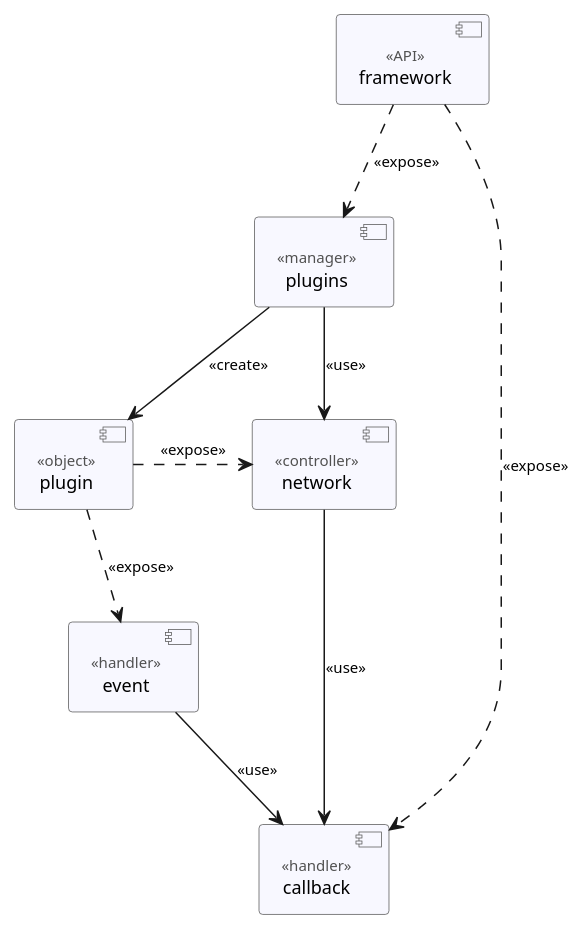
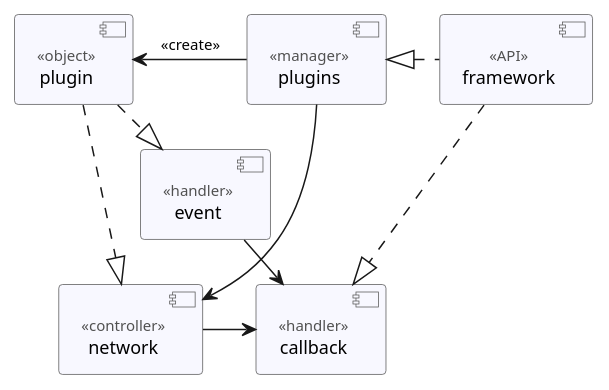
One commit to erik-riklund/wow changed the diagram in Cogspinner/structure.puml. Above: the diagram before and after it, drawn with PlantUML. The commit also changed 5 other files, not shown here.

```diff
--- a/Cogspinner/structure.puml
+++ b/Cogspinner/structure.puml
@@ -1,46 +1,46 @@
 @startuml Cogspinner
 
 skinparam ClassFontSize 12pt
 skinparam ClassFontName Consolas
 skinparam ComponentBackgroundColor GhostWhite
 skinparam ComponentBorderColor #565656
 skinparam ComponentFontStyle normal
 skinparam ComponentFontSize 12pt
 skinparam ComponentFontName Consolas
 skinparam ComponentStereotypeFontName Consolas
 skinparam ComponentStereotypeFontSize 10pt
 skinparam ComponentStereotypeFontColor #515151
 skinparam InterfaceBackgroundColor Orange
 skinparam NoteFontName Franklin Gothic Medium
 skinparam NoteFontSize 12pt
 skinparam NoteFontColor black
 skinparam NoteBackgroundColor #FEFFDD
 skinparam NoteBorderColor #96968D
 skinparam ArrowFontName Consolas
 skinparam ArrowFontSize 10pt
 
 component "framework" as Framework <<API>>
 component "plugins" as Plugins <<manager>>
 
-Framework ..> Plugins : <<expose>>
+Framework .left.|> Plugins
 
 component "plugin" as Plugin <<object>>
 
-Plugins --> Plugin : <<create>>
+Plugins -left-> Plugin : <<create>>
 
 component "callback" as Callback <<handler>>
 
-Framework ..> Callback : <<expose>>
+Framework .down.|> Callback
 
 component "network" as Network <<controller>>
 
-Plugins --> Network : <<use>>
-Network --> Callback : <<use>>
-Plugin .> Network : <<expose>>
+Plugins -> Network
+Network -> Callback
+Plugin ..|> Network
 
 component "event" as Event <<handler>>
 
-Event --> Callback : <<use>>
-Plugin ..> Event : <<expose>>
+Event -> Callback
+Plugin .|> Event
 
 @enduml
```
